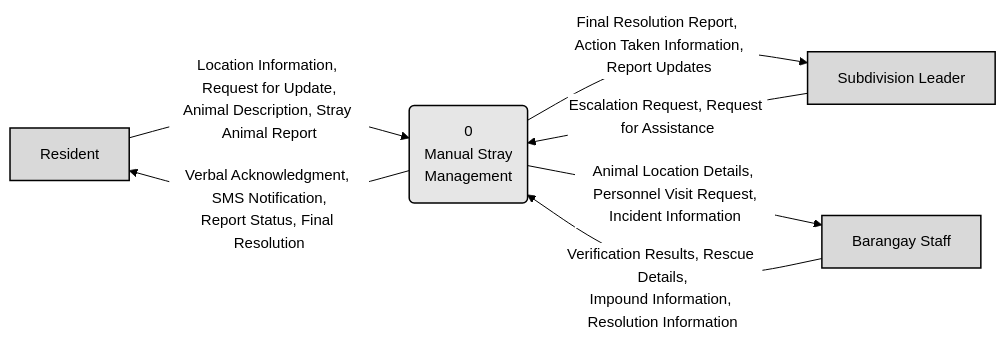
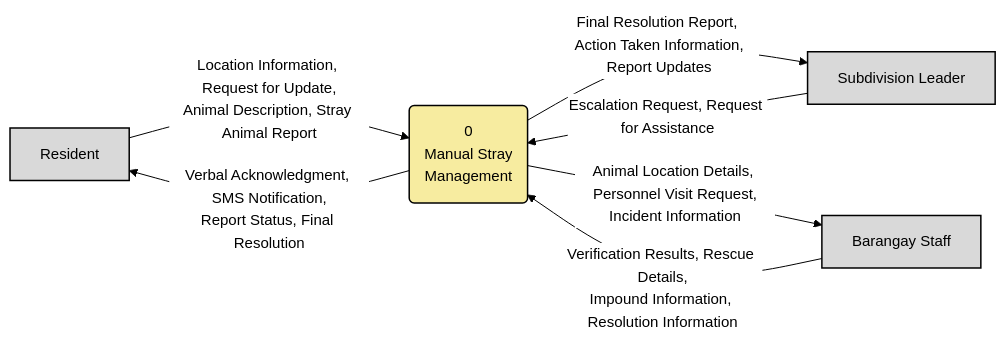
One commit to Otivz/Straysafe2.0 changed the first of 4 diagrams in docs/DFD/existing/EXISTING_SYSTEM_DFD.md. Above: the diagram before and after it, drawn with Mermaid. The commit also changed other lines of this file and 81 other files, not shown here.

````diff
--- a/docs/DFD/existing/EXISTING_SYSTEM_DFD.md
+++ b/docs/DFD/existing/EXISTING_SYSTEM_DFD.md
@@ -11,37 +13,38 @@
 ```mermaid
 ---
 config:
   theme: base
   themeVariables:
     background: "#ffffff"
     primaryColor: "#ffffff"
     primaryTextColor: "#000000"
     primaryBorderColor: "#000000"
     lineColor: "#000000"
     textColor: "#000000"
     fontFamily: "Arial, Helvetica, sans-serif"
     fontSize: "15px"
   flowchart:
     curve: basis
     nodeSpacing: 50
     rankSpacing: 80
     useMaxWidth: false
 ---
 flowchart LR
     RES["Resident"]:::ent
     LDR["Subdivision Leader"]:::ent
     STF["Barangay Staff"]:::ent
     P0("0<br/>Manual Stray<br/>Management"):::proc
 
+    %% Plain-label Mermaid preview. Exact editable DFD symbols: ../../drawio/DFD_editable.drawio
     %% Arrows carry data; dashed processes continue on another page.
     RES -->|"Location Information, Request for Update,<br/>Animal Description, Stray Animal Report"| P0
     P0 -->|"Verbal Acknowledgment, SMS Notification,<br/>Report Status, Final Resolution"| RES
     LDR -->|"Escalation Request, Request for Assistance"| P0
     P0 -->|"Final Resolution Report, Action Taken Information,<br/>Report Updates"| LDR
     STF -->|"Verification Results, Rescue Details,<br/>Impound Information, Resolution Information"| P0
     P0 -->|"Animal Location Details, Personnel Visit Request,<br/>Incident Information"| STF
 
     classDef ent fill:#d9d9d9,stroke:#000000,stroke-width:1.5px
-    classDef proc fill:#e6e6e6,stroke:#000000,stroke-width:1.5px
-    classDef store fill:#d9d9d9,stroke:#000000,stroke-width:1px
+    classDef proc fill:#f7eca0,stroke:#000000,stroke-width:1.5px
+    classDef store fill:#f7eca0,stroke:#000000,stroke-width:1px
 ```
````
